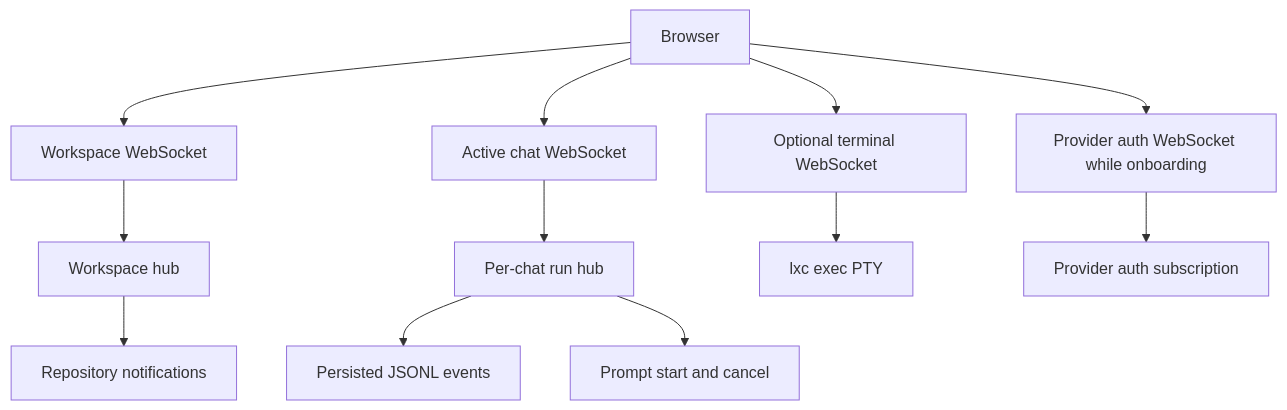
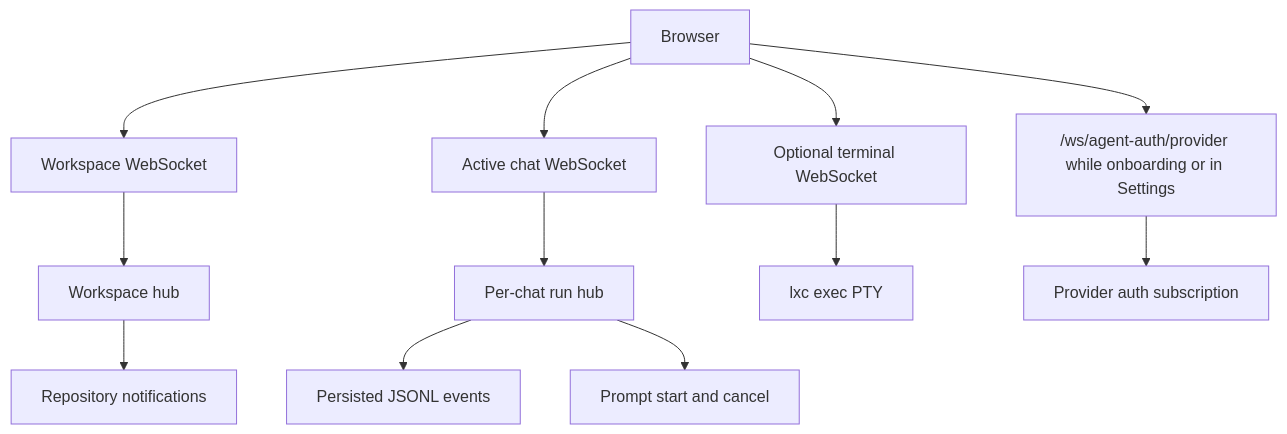
One commit to AbdallahMohamedDotnet/remote.futrx changed the second of 3 diagrams in docs/03-platform/08-api-and-realtime.md. Above: the diagram before and after it, drawn with Mermaid. The commit also changed other lines of this file and 27 other files, not shown here.

````diff
--- a/docs/03-platform/08-api-and-realtime.md
+++ b/docs/03-platform/08-api-and-realtime.md
@@ -173,16 +211,16 @@
 ```mermaid
 flowchart TD
     Browser["Browser"] --> WorkspaceWS["Workspace WebSocket"]
     Browser --> ChatWS["Active chat WebSocket"]
     Browser --> TerminalWS["Optional terminal WebSocket"]
-    Browser --> AuthWS["Provider auth WebSocket while onboarding"]
+    Browser --> AuthWS["/ws/agent-auth/provider while onboarding or in Settings"]
 
     WorkspaceWS --> WorkspaceHub["Workspace hub"]
     ChatWS --> RunHub["Per-chat run hub"]
     TerminalWS --> PTY["lxc exec PTY"]
     AuthWS --> AuthService["Provider auth subscription"]
 
     WorkspaceHub --> Repositories["Repository notifications"]
     RunHub --> EventStore["Persisted JSONL events"]
     RunHub --> Prompt["Prompt start and cancel"]
 ```
````
